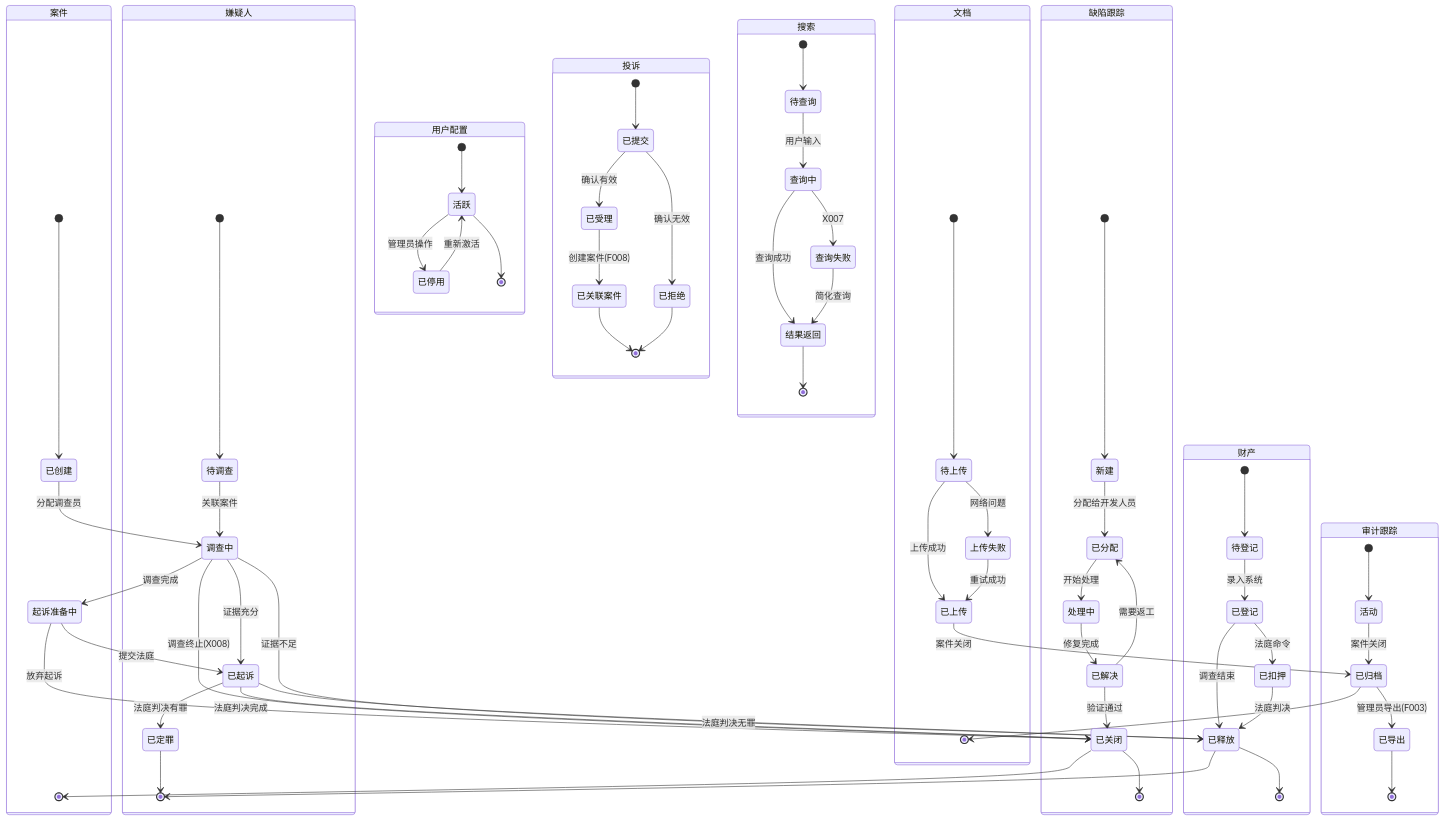
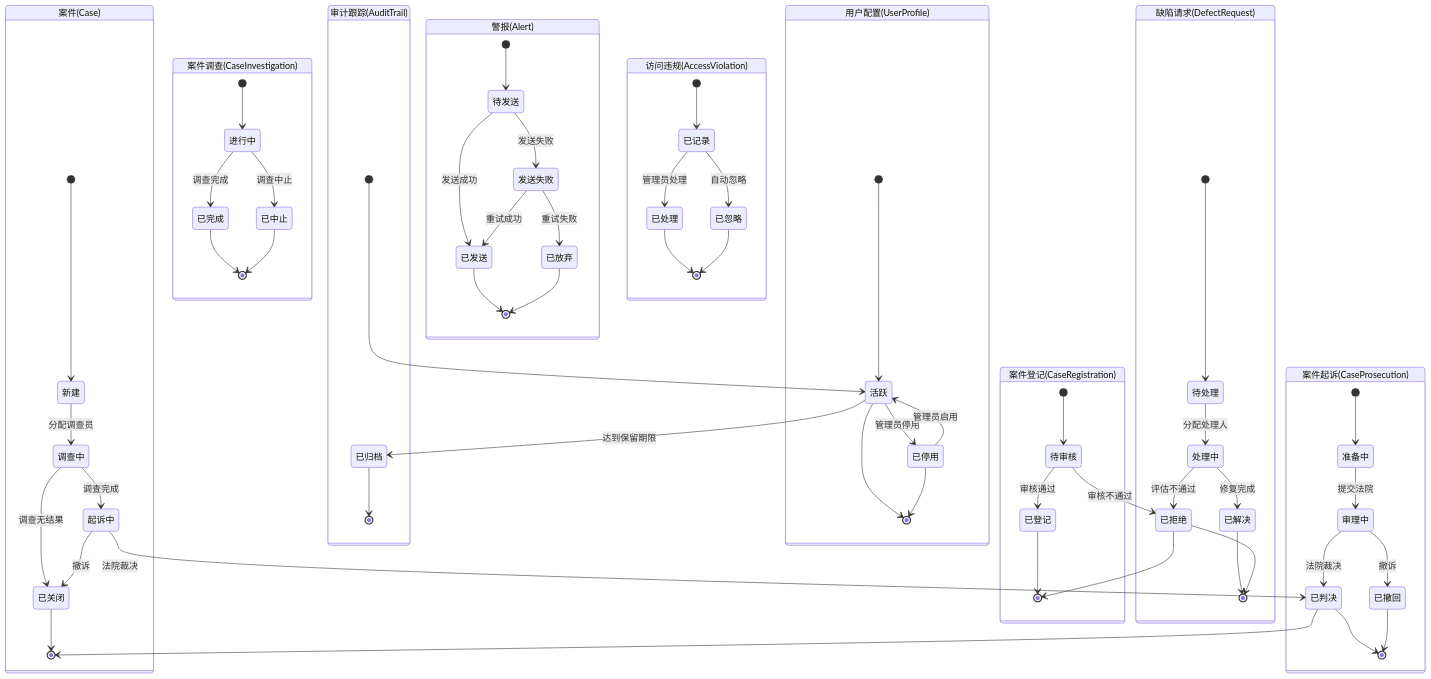
One commit to YxY09/ReqDesign-Agent changed the diagram in output/diagrams/state_diagram.mmd. Above: the diagram before and after it, drawn with Mermaid. The commit also changed 228 other files, not shown here.

```diff
--- a/output/diagrams/state_diagram.mmd
+++ b/output/diagrams/state_diagram.mmd
@@ -1,74 +1,69 @@
 stateDiagram-v2
-    state "案件" as Case {
-        [*] --> 已创建
-        已创建 --> 调查中 : 分配调查员
-        调查中 --> 起诉准备中 : 调查完成
-        起诉准备中 --> 已起诉 : 提交法庭
-        调查中 --> 已关闭 : 调查终止(X008)
-        起诉准备中 --> 已关闭 : 放弃起诉
-        已起诉 --> 已关闭 : 法庭判决完成
+    state "案件(Case)" as Case {
+        [*] --> 新建
+        新建 --> 调查中 : 分配调查员
+        调查中 --> 起诉中 : 调查完成
+        调查中 --> 已关闭 : 调查无结果
+        起诉中 --> 已判决 : 法院裁决
+        起诉中 --> 已关闭 : 撤诉
+        已判决 --> [*]
         已关闭 --> [*]
     }
-    state "嫌疑人" as Suspect {
-        [*] --> 待调查
-        待调查 --> 调查中 : 关联案件
-        调查中 --> 已起诉 : 证据充分
-        调查中 --> 已释放 : 证据不足
-        已起诉 --> 已定罪 : 法庭判决有罪
-        已起诉 --> 已释放 : 法庭判决无罪
-        已定罪 --> [*]
-        已释放 --> [*]
+    state "案件登记(CaseRegistration)" as CaseRegistration {
+        [*] --> 待审核
+        待审核 --> 已登记 : 审核通过
+        待审核 --> 已拒绝 : 审核不通过
+        已登记 --> [*]
+        已拒绝 --> [*]
     }
-    state "文档" as Document {
-        [*] --> 待上传
-        待上传 --> 已上传 : 上传成功
-        待上传 --> 上传失败 : 网络问题
-        上传失败 --> 已上传 : 重试成功
-        已上传 --> 已归档 : 案件关闭
+    state "案件调查(CaseInvestigation)" as CaseInvestigation {
+        [*] --> 进行中
+        进行中 --> 已完成 : 调查完成
+        进行中 --> 已中止 : 调查中止
+        已完成 --> [*]
+        已中止 --> [*]
+    }
+    state "案件起诉(CaseProsecution)" as CaseProsecution {
+        [*] --> 准备中
+        准备中 --> 审理中 : 提交法院
+        审理中 --> 已判决 : 法院裁决
+        审理中 --> 已撤回 : 撤诉
+        已判决 --> [*]
+        已撤回 --> [*]
+    }
+    state "审计跟踪(AuditTrail)" as AuditTrail {
+        [*] --> 活跃
+        活跃 --> 已归档 : 达到保留期限
         已归档 --> [*]
     }
-    state "审计跟踪" as AuditTrail {
-        [*] --> 活动
-        活动 --> 已归档 : 案件关闭
-        已归档 --> 已导出 : 管理员导出(F003)
-        已导出 --> [*]
+    state "用户配置(UserProfile)" as UserProfile {
+        [*] --> 活跃
+        活跃 --> 已停用 : 管理员停用
+        已停用 --> 活跃 : 管理员启用
+        活跃 --> [*]
+        已停用 --> [*]
     }
-    state "财产" as Property {
-        [*] --> 待登记
-        待登记 --> 已登记 : 录入系统
-        已登记 --> 已扣押 : 法庭命令
-        已登记 --> 已释放 : 调查结束
-        已扣押 --> 已释放 : 法庭判决
-        已释放 --> [*]
-    }
-    state "用户配置" as UserProfile {
-        [*] --> 活跃
-        活跃 --> 已停用 : 管理员操作
-        已停用 --> 活跃 : 重新激活
-        活跃 --> [*]
-    }
-    state "投诉" as Complaint {
-        [*] --> 已提交
-        已提交 --> 已受理 : 确认有效
-        已提交 --> 已拒绝 : 确认无效
-        已受理 --> 已关联案件 : 创建案件(F008)
-        已关联案件 --> [*]
+    state "缺陷请求(DefectRequest)" as DefectRequest {
+        [*] --> 待处理
+        待处理 --> 处理中 : 分配处理人
+        处理中 --> 已解决 : 修复完成
+        处理中 --> 已拒绝 : 评估不通过
+        已解决 --> [*]
         已拒绝 --> [*]
     }
-    state "搜索" as Search {
-        [*] --> 待查询
-        待查询 --> 查询中 : 用户输入
-        查询中 --> 结果返回 : 查询成功
-        查询中 --> 查询失败 : X007
-        查询失败 --> 结果返回 : 简化查询
-        结果返回 --> [*]
+    state "警报(Alert)" as Alert {
+        [*] --> 待发送
+        待发送 --> 已发送 : 发送成功
+        待发送 --> 发送失败 : 发送失败
+        发送失败 --> 已发送 : 重试成功
+        发送失败 --> 已放弃 : 重试失败
+        已发送 --> [*]
+        已放弃 --> [*]
     }
-    state "缺陷跟踪" as Defect {
-        [*] --> 新建
-        新建 --> 已分配 : 分配给开发人员
-        已分配 --> 处理中 : 开始处理
-        处理中 --> 已解决 : 修复完成
-        已解决 --> 已关闭 : 验证通过
-        已解决 --> 已分配 : 需要返工
-        已关闭 --> [*]
+    state "访问违规(AccessViolation)" as AccessViolation {
+        [*] --> 已记录
+        已记录 --> 已处理 : 管理员处理
+        已记录 --> 已忽略 : 自动忽略
+        已处理 --> [*]
+        已忽略 --> [*]
     }
```
